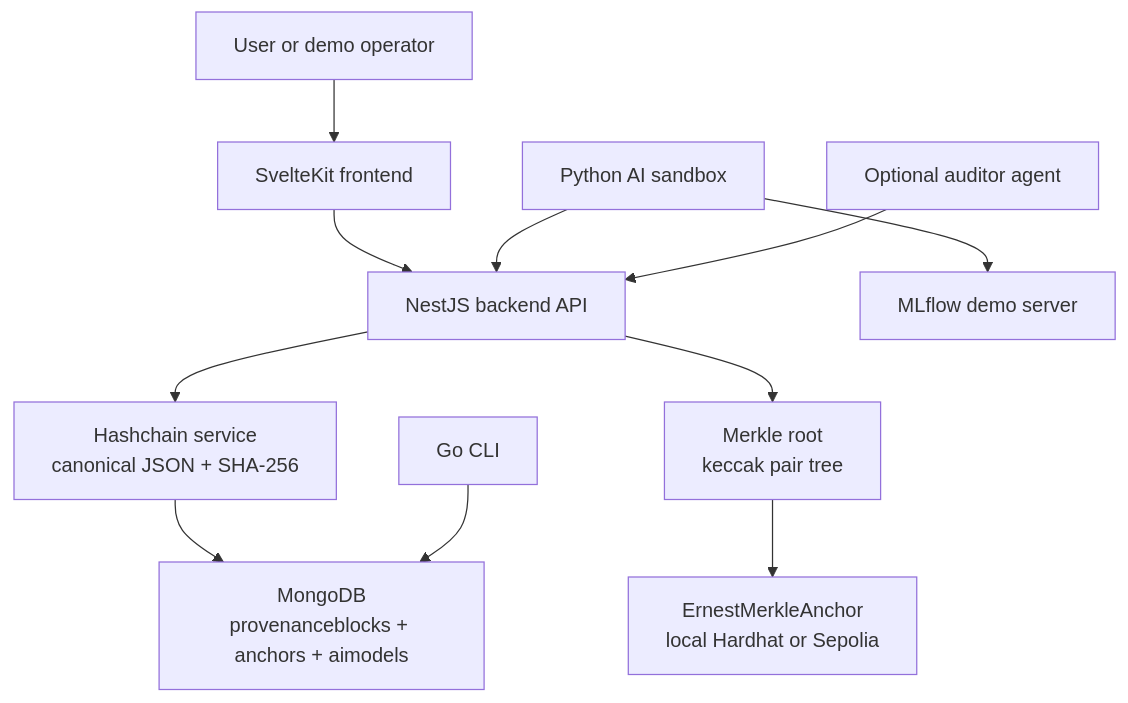
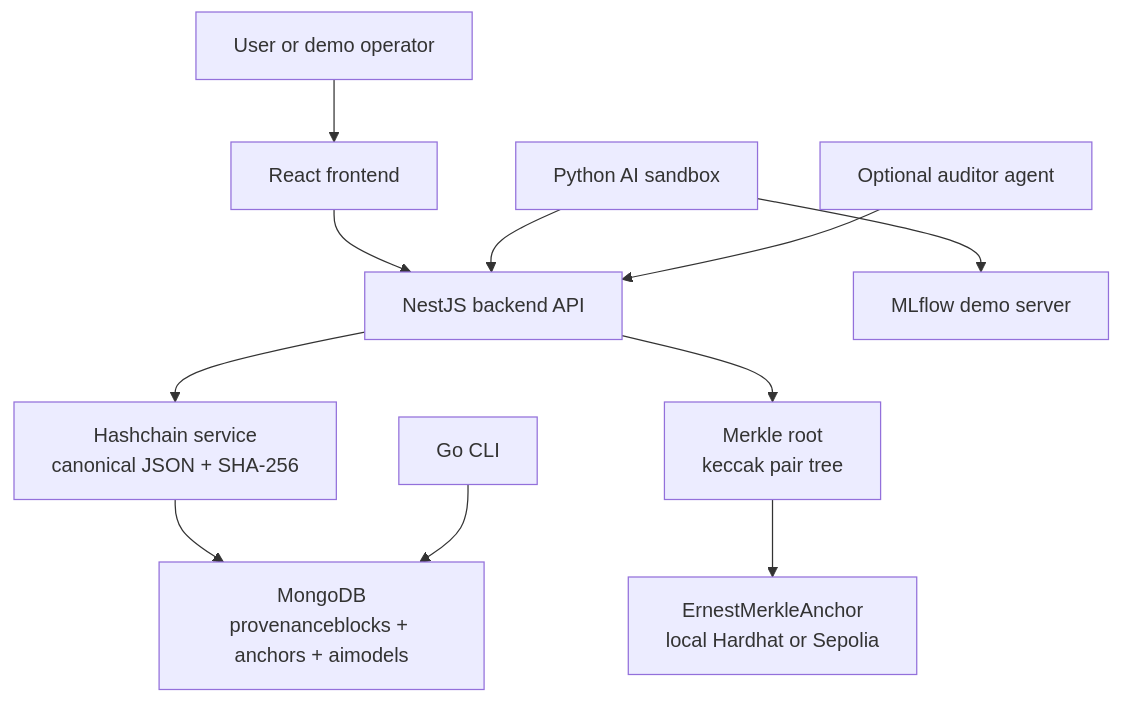
The first of 4 diagrams in docs/architecture.md (ccastromar/ai-blockchain-provenance), drawn with Mermaid before and after one commit. The commit also changed other lines of this file and 10 other files, not shown here.

Commit message:
Docs: the console is React (not SvelteKit); OIDC/SSO is done

````diff
--- a/docs/architecture.md
+++ b/docs/architecture.md
@@ -9,25 +9,25 @@
 ```mermaid
 flowchart TD
   User["User or demo operator"]
-  UI["SvelteKit frontend"]
+  UI["React frontend"]
   API["NestJS backend API"]
   MLflow["MLflow demo server"]
   Mongo["MongoDB<br/>provenanceblocks + anchors + aimodels"]
   Hashchain["Hashchain service<br/>canonical JSON + SHA-256"]
   Merkle["Merkle root<br/>keccak pair tree"]
   Contract["ErnestMerkleAnchor<br/>local Hardhat or Sepolia"]
   CLI["Go CLI"]
   Sandbox["Python AI sandbox"]
   Auditor["Optional auditor agent"]
 
   User --> UI
   Sandbox --> MLflow
   UI --> API
   Sandbox --> API
   Auditor --> API
   API --> Hashchain
   Hashchain --> Mongo
   API --> Merkle
   Merkle --> Contract
   CLI --> Mongo
 ```
````
